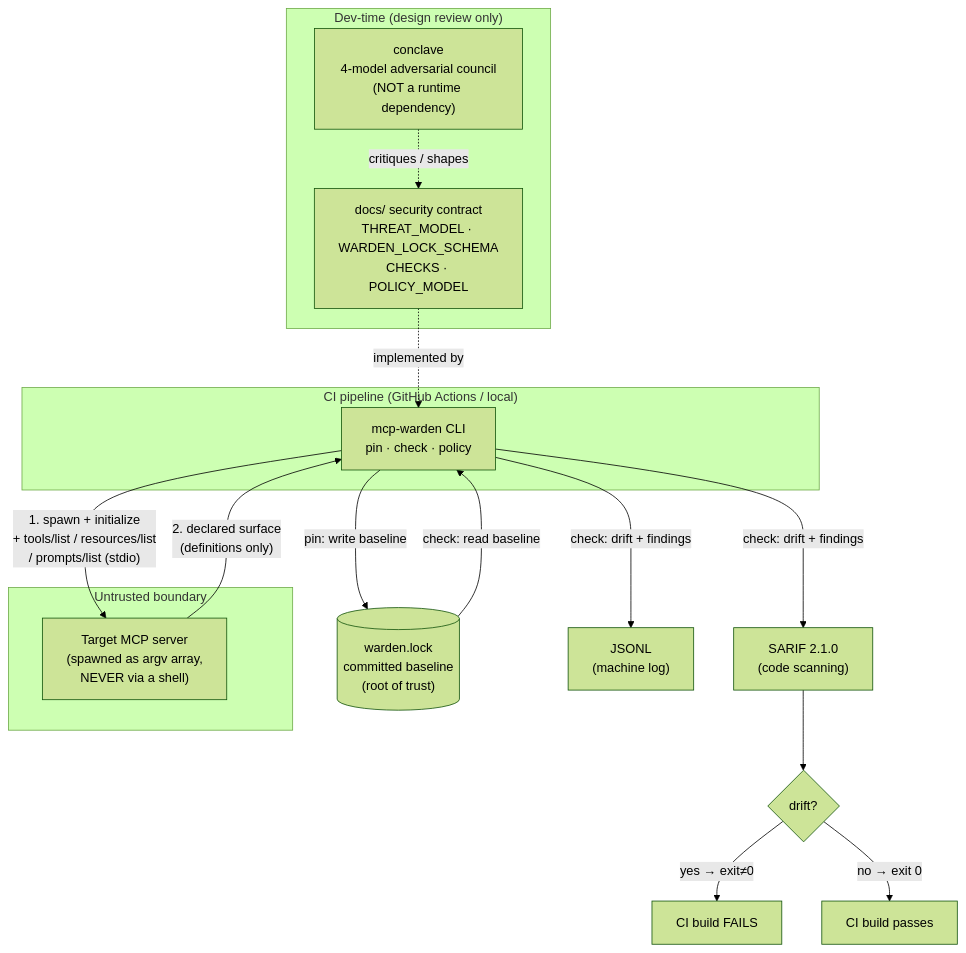
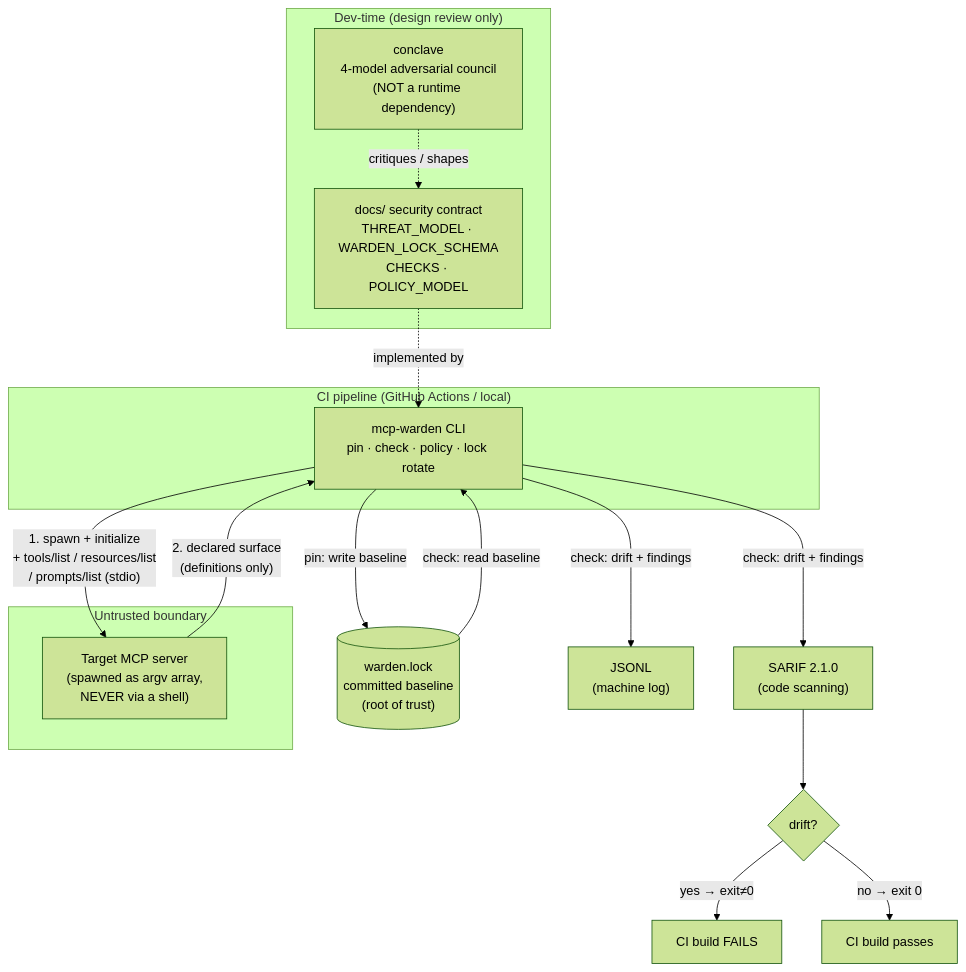
Before and after one commit to ernestprovo23/mcp-warden: the first of 3 diagrams in SYSTEM_CONTEXT_DIAGRAM.md, drawn with Mermaid (forest theme). The commit also changed other lines of this file and 12 other files, not shown here.

First line of the commit message:
feat(#19): structured provenance metadata + warden lock rotate (#31)

````diff
--- a/SYSTEM_CONTEXT_DIAGRAM.md
+++ b/SYSTEM_CONTEXT_DIAGRAM.md
@@ -21,34 +24,34 @@
 ```mermaid
 flowchart TB
     subgraph dev["Dev-time (design review only)"]
         conclave["conclave\n4-model adversarial council\n(NOT a runtime dependency)"]
         specs["docs/ security contract\nTHREAT_MODEL · WARDEN_LOCK_SCHEMA\nCHECKS · POLICY_MODEL"]
         conclave -. "critiques / shapes" .-> specs
     end
 
     subgraph ci["CI pipeline (GitHub Actions / local)"]
-        warden["mcp-warden CLI\npin · check · policy"]
+        warden["mcp-warden CLI\npin · check · policy · lock rotate"]
     end
 
     subgraph target["Untrusted boundary"]
         server["Target MCP server\n(spawned as argv array,\nNEVER via a shell)"]
     end
 
     repo[("warden.lock\ncommitted baseline\n(root of trust)")]
     sarif["SARIF 2.1.0\n(code scanning)"]
     jsonl["JSONL\n(machine log)"]
 
     specs -. "implemented by" .-> warden
 
     warden -- "1. spawn + initialize\n+ tools/list / resources/list\n/ prompts/list  (stdio)" --> server
     server -- "2. declared surface\n(definitions only)" --> warden
 
     warden -- "pin: write baseline" --> repo
     repo -- "check: read baseline" --> warden
     warden -- "check: drift + findings" --> sarif
     warden -- "check: drift + findings" --> jsonl
 
     sarif --> gate{"drift?"}
     gate -- "yes → exit≠0" --> failci["CI build FAILS"]
     gate -- "no → exit 0" --> passci["CI build passes"]
 ```
````
